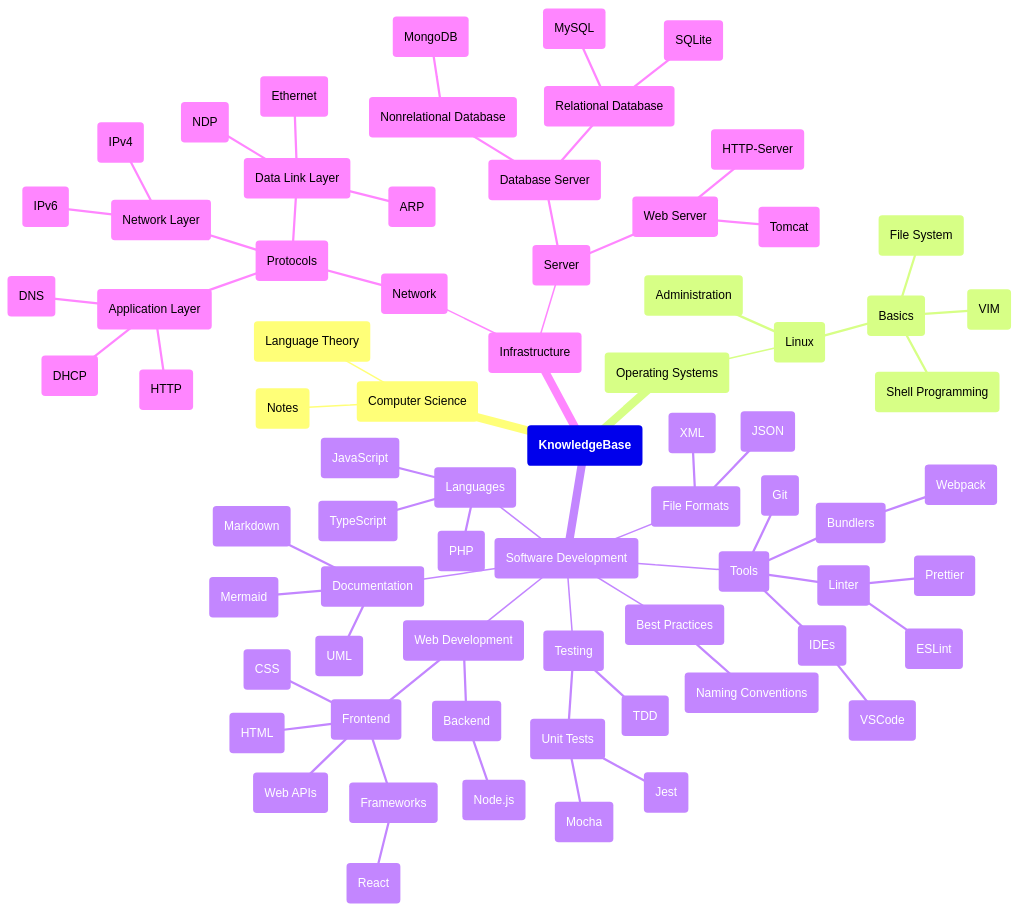
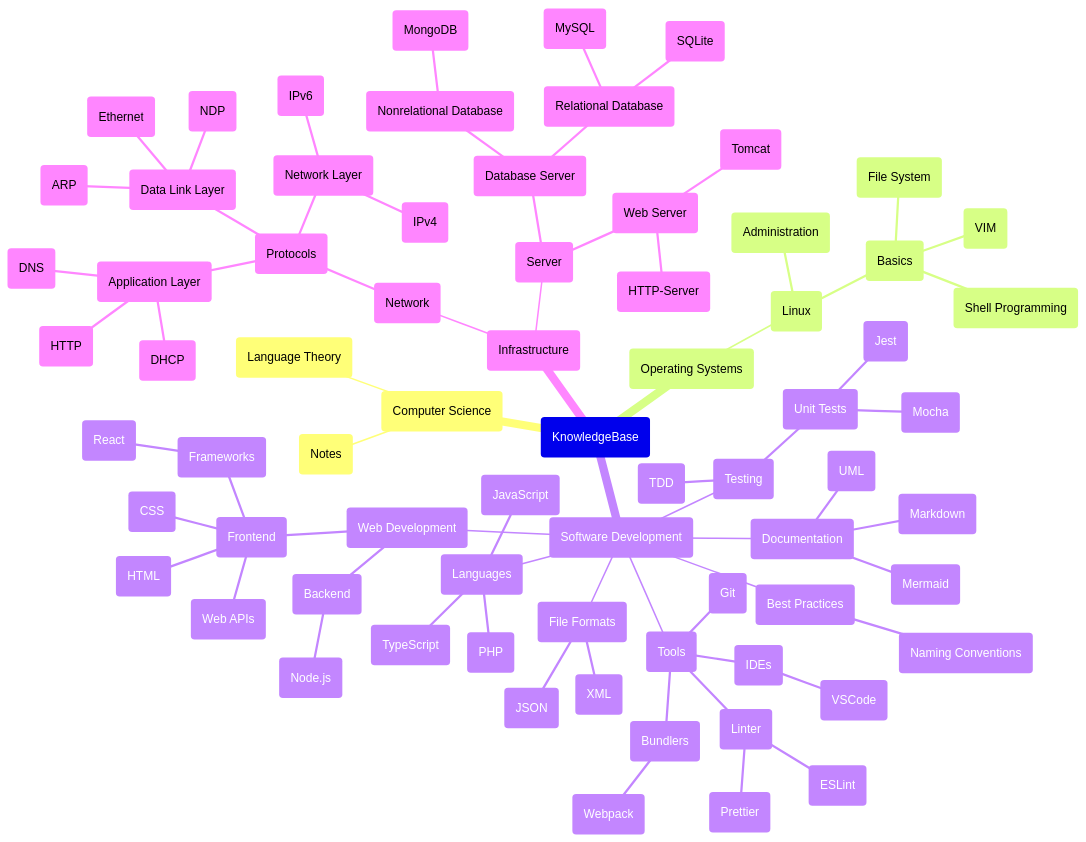
One commit to lcov29/knowledgeBase changed the diagram in README.md. Above: the diagram before and after it, drawn with Mermaid.

Commit message:
fix formatting

````diff
--- a/README.md
+++ b/README.md
@@ -5,78 +5,78 @@
 ```mermaid
 mindmap
-   ("**KnowledgeBase**")
+   (KnowledgeBase)
       (Computer Science)
          (Language Theory)
          (Notes)
       (Operating Systems)
          (Linux)
             (Basics)
                (File System)
                (Shell Programming)
                (VIM)
             (Administration)
 
       (Software Development)
          (File Formats)
             (JSON)
             (XML)
          (Tools)
             (Git)
             (IDEs)
                (VSCode)
             (Linter)
                (ESLint)
                (Prettier)
             (Bundlers)
                (Webpack)
          (Best Practices)
             (Naming Conventions)
          (Documentation)
             (Markdown)
             (Mermaid)
             (UML)
          (Testing)
             (TDD)
             (Unit Tests)
                (Jest)
                (Mocha)
          (Languages)
             (JavaScript)
             (TypeScript)
             (PHP)
          (Web Development)
             (Backend)
                (Node.js)
             (Frontend)
                (HTML)
                (CSS)
                (Frameworks)
                   (React)
             
                (Web APIs)
       (Infrastructure)
          (Network)
             (Protocols)
                (Application Layer)
                   (DHCP)
                   (DNS)
                   (HTTP)
                (Network Layer)
                   (IPv4)
                   (IPv6)
                (Data Link Layer)
                   (ARP)
                   (NDP)
                   (Ethernet)
          (Server)
             (Database Server)
                (Relational Database)
                   (MySQL)
                   (SQLite)
                (Nonrelational Database)
                   (MongoDB)
             (Web Server)
                (Tomcat)
                (HTTP-Server)
 
 ```
````
